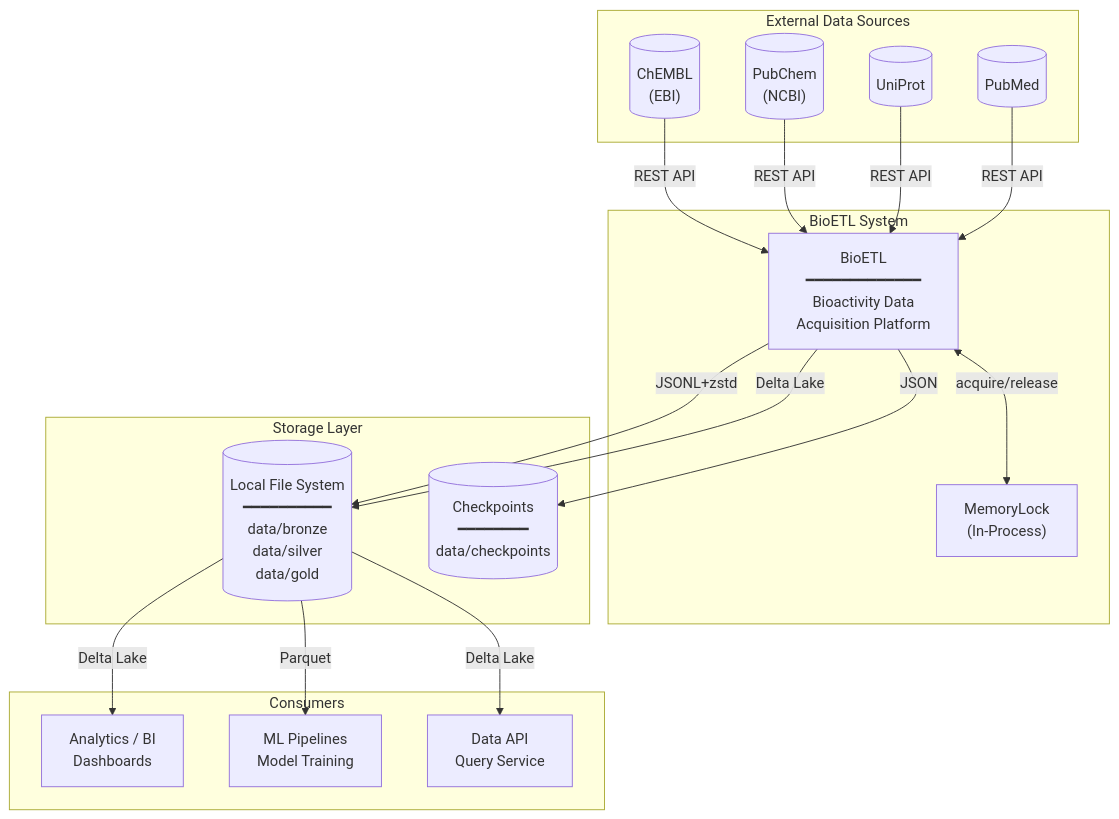
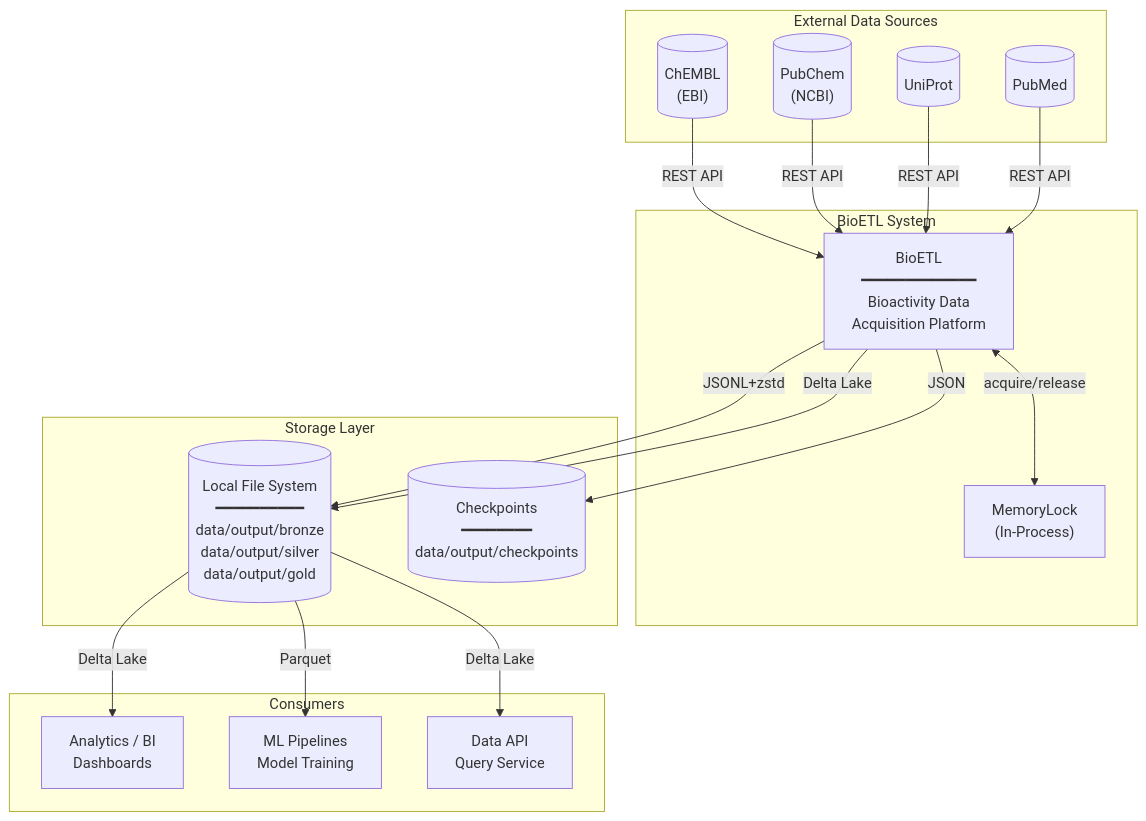
The diagram in docs/02-architecture/system-context.md (SatoryKono/BioactivityDataAcquisition), drawn with Mermaid before and after one commit. The commit also changed 94 other files, not shown here.

First line of the commit message:
Docs: switch to local-first, add ADRs & diagrams

````diff
--- a/docs/02-architecture/system-context.md
+++ b/docs/02-architecture/system-context.md
@@ -14,44 +14,44 @@
 ```mermaid
 flowchart TB
     subgraph External Data Sources
         CHEMBL[("ChEMBL<br/>(EBI)")]
         PUBCHEM[("PubChem<br/>(NCBI)")]
         UNIPROT[("UniProt")]
         PUBMED[("PubMed")]
     end
 
     subgraph BioETL System
         BIOETL["BioETL<br/>━━━━━━━━━━━━━<br/>Bioactivity Data<br/>Acquisition Platform"]
         LOCK["MemoryLock<br/>(In-Process)"]
     end
 
     subgraph Storage Layer
-        FS[("Local File System<br/>━━━━━━━━━━<br/>data/bronze<br/>data/silver<br/>data/gold")]
-        CP[("Checkpoints<br/>━━━━━━━━<br/>data/checkpoints")]
+        FS[("Local File System<br/>━━━━━━━━━━<br/>data/output/bronze<br/>data/output/silver<br/>data/output/gold")]
+        CP[("Checkpoints<br/>━━━━━━━━<br/>data/output/checkpoints")]
     end
 
     subgraph Consumers
         ANALYTICS["Analytics / BI<br/>Dashboards"]
         ML["ML Pipelines<br/>Model Training"]
         API["Data API<br/>Query Service"]
     end
 
     %% Data flow from sources
     CHEMBL -->|REST API| BIOETL
     PUBCHEM -->|REST API| BIOETL
     UNIPROT -->|REST API| BIOETL
     PUBMED -->|REST API| BIOETL
 
     %% Internal locking
     BIOETL <-->|acquire/release| LOCK
 
     %% BioETL to storage
     BIOETL -->|JSONL+zstd| FS
     BIOETL -->|Delta Lake| FS
     BIOETL -->|JSON| CP
 
     %% Storage to consumers
     FS -->|Delta Lake| ANALYTICS
     FS -->|Parquet| ML
     FS -->|Delta Lake| API
 ```
````
